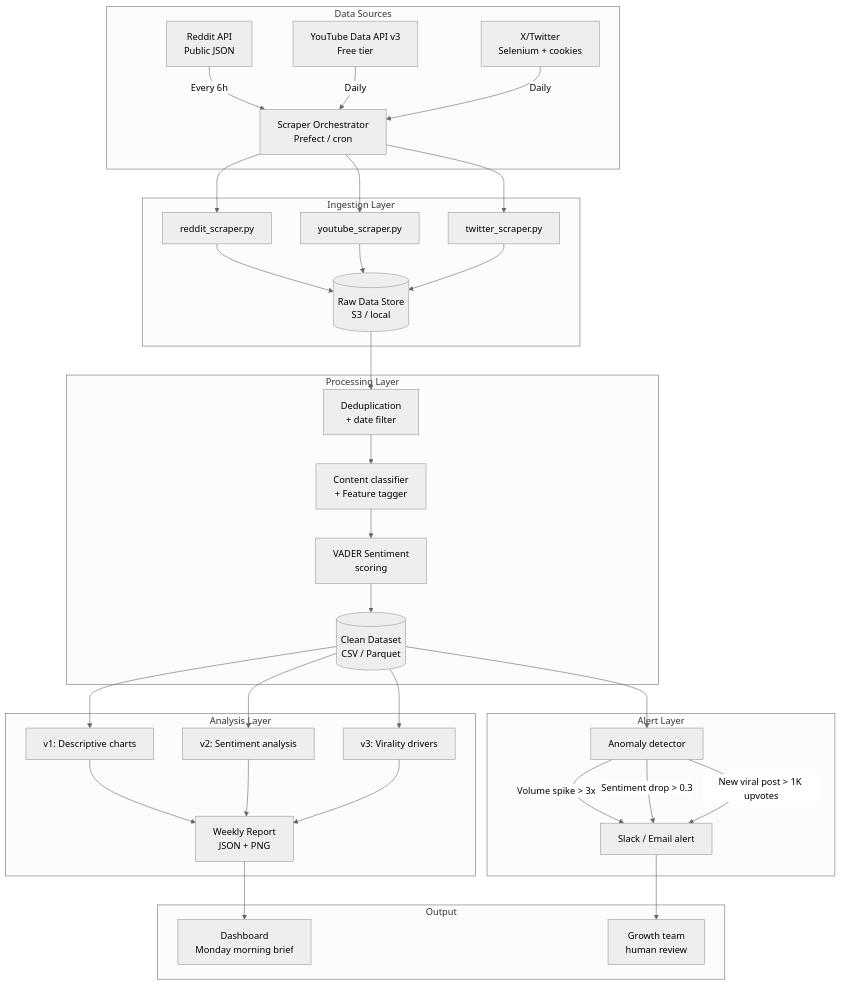
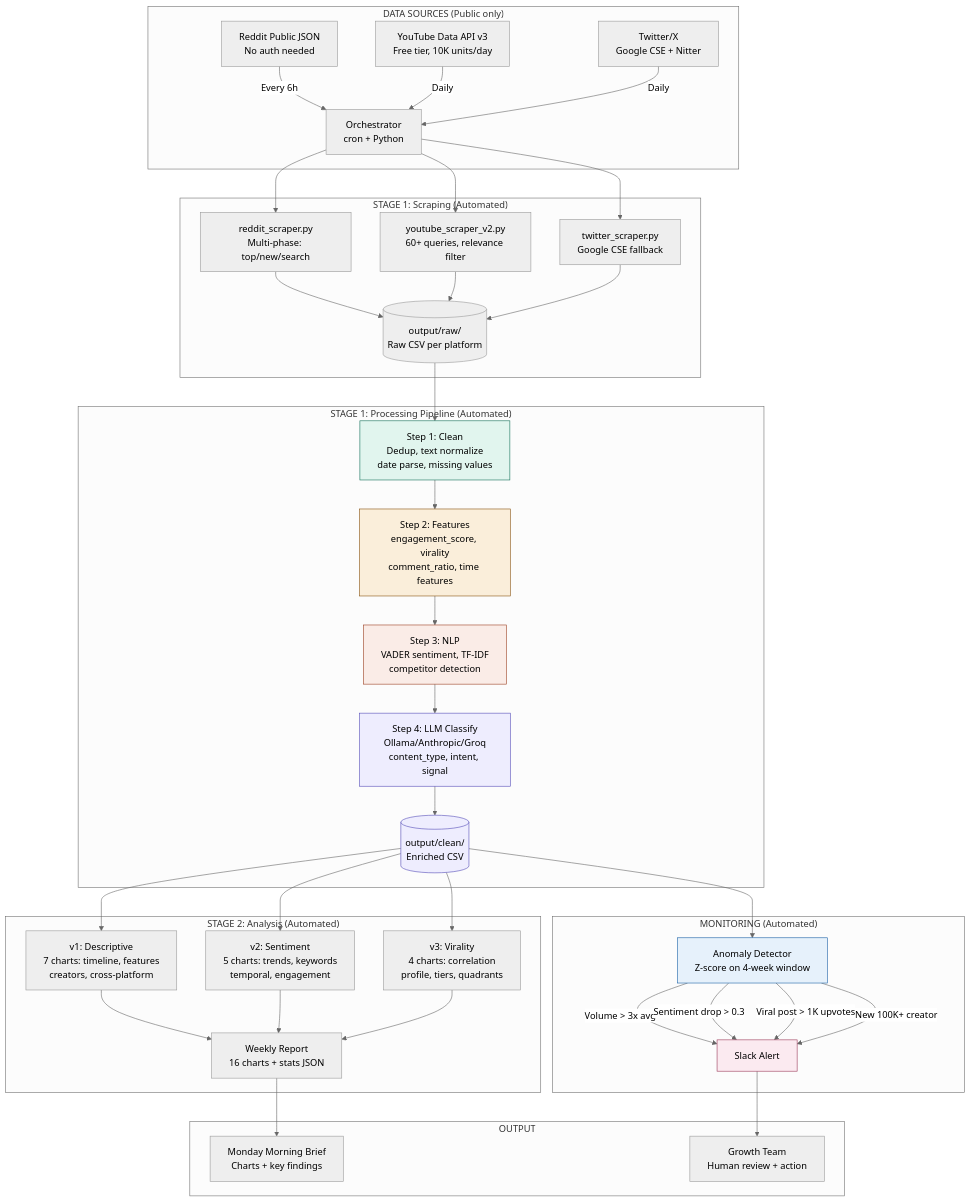
The diagram in lab/stage2/part3_automation/architecture.mmd (Aidark111/scrape1), drawn with Mermaid (neutral theme) before and after one commit. The commit also changed 29 other files, not shown here.

```diff
--- a/lab/stage2/part3_automation/architecture.mmd
+++ b/lab/stage2/part3_automation/architecture.mmd
@@ -1,43 +1,53 @@
 graph TD
-    subgraph "Data Sources"
-        A1[Reddit API<br/>Public JSON] -->|Every 6h| INGEST
-        A2[YouTube Data API v3<br/>Free tier] -->|Daily| INGEST
-        A3[X/Twitter<br/>Selenium + cookies] -->|Daily| INGEST
+    subgraph "DATA SOURCES (Public only)"
+        R_API[Reddit Public JSON<br/>No auth needed] -->|Every 6h| SCRAPE
+        YT_API[YouTube Data API v3<br/>Free tier, 10K units/day] -->|Daily| SCRAPE
+        TW_API[Twitter/X<br/>Google CSE + Nitter] -->|Daily| SCRAPE
     end
 
-    subgraph "Ingestion Layer"
-        INGEST[Scraper Orchestrator<br/>Prefect / cron] --> REDDIT[reddit_scraper.py]
-        INGEST --> YOUTUBE[youtube_scraper.py]
-        INGEST --> TWITTER[twitter_scraper.py]
-        REDDIT --> RAW[(Raw Data Store<br/>S3 / local)]
-        YOUTUBE --> RAW
-        TWITTER --> RAW
+    subgraph "STAGE 1: Scraping (Automated)"
+        SCRAPE[Orchestrator<br/>cron + Python] --> S_REDDIT[reddit_scraper.py<br/>Multi-phase: top/new/search]
+        SCRAPE --> S_YOUTUBE[youtube_scraper_v2.py<br/>60+ queries, relevance filter]
+        SCRAPE --> S_TWITTER[twitter_scraper.py<br/>Google CSE fallback]
+        S_REDDIT --> RAW[(output/raw/<br/>Raw CSV per platform)]
+        S_YOUTUBE --> RAW
+        S_TWITTER --> RAW
     end
 
-    subgraph "Processing Layer"
-        RAW --> DEDUP[Deduplication<br/>+ date filter]
-        DEDUP --> CLASSIFY[Content classifier<br/>+ Feature tagger]
-        CLASSIFY --> SENTIMENT[VADER Sentiment<br/>scoring]
-        SENTIMENT --> CLEAN[(Clean Dataset<br/>CSV / Parquet)]
+    subgraph "STAGE 1: Processing Pipeline (Automated)"
+        RAW --> STEP1[Step 1: Clean<br/>Dedup, text normalize<br/>date parse, missing values]
+        STEP1 --> STEP2[Step 2: Features<br/>engagement_score, virality<br/>comment_ratio, time features]
+        STEP2 --> STEP3[Step 3: NLP<br/>VADER sentiment, TF-IDF<br/>competitor detection]
+        STEP3 --> STEP4[Step 4: LLM Classify<br/>Ollama/Anthropic/Groq<br/>content_type, intent, signal]
+        STEP4 --> CLEAN[(output/clean/<br/>Enriched CSV)]
     end
 
-    subgraph "Analysis Layer"
-        CLEAN --> DESC[v1: Descriptive charts]
-        CLEAN --> SENT[v2: Sentiment analysis]
-        CLEAN --> VIRAL[v3: Virality drivers]
-        DESC --> REPORT[Weekly Report<br/>JSON + PNG]
-        SENT --> REPORT
-        VIRAL --> REPORT
+    subgraph "STAGE 2: Analysis (Automated)"
+        CLEAN --> V1[v1: Descriptive<br/>7 charts: timeline, features<br/>creators, cross-platform]
+        CLEAN --> V2[v2: Sentiment<br/>5 charts: trends, keywords<br/>temporal, engagement]
+        CLEAN --> V3[v3: Virality<br/>4 charts: correlation<br/>profile, tiers, quadrants]
+        V1 --> REPORT[Weekly Report<br/>16 charts + stats JSON]
+        V2 --> REPORT
+        V3 --> REPORT
     end
 
-    subgraph "Alert Layer"
-        CLEAN --> MONITOR[Anomaly detector]
-        MONITOR -->|Volume spike > 3x| ALERT[Slack / Email alert]
-        MONITOR -->|Sentiment drop > 0.3| ALERT
-        MONITOR -->|New viral post > 1K upvotes| ALERT
+    subgraph "MONITORING (Automated)"
+        CLEAN --> MON[Anomaly Detector<br/>Z-score on 4-week window]
+        MON -->|Volume > 3x avg| ALERT[Slack Alert]
+        MON -->|Sentiment drop > 0.3| ALERT
+        MON -->|Viral post > 1K upvotes| ALERT
+        MON -->|New 100K+ creator| ALERT
     end
 
-    subgraph "Output"
-        REPORT --> DASH[Dashboard<br/>Monday morning brief]
-        ALERT --> HUMAN[Growth team<br/>human review]
+    subgraph "OUTPUT"
+        REPORT --> DASH[Monday Morning Brief<br/>Charts + key findings]
+        ALERT --> HUMAN[Growth Team<br/>Human review + action]
     end
+
+    style STEP1 fill:#e1f5ee,stroke:#0f6e56
+    style STEP2 fill:#faeeda,stroke:#854f0b
+    style STEP3 fill:#faece7,stroke:#993c1d
+    style STEP4 fill:#eeedfe,stroke:#534ab7
+    style CLEAN fill:#eeedfe,stroke:#534ab7
+    style MON fill:#e6f1fb,stroke:#185fa5
+    style ALERT fill:#fbeaf0,stroke:#993556
```
